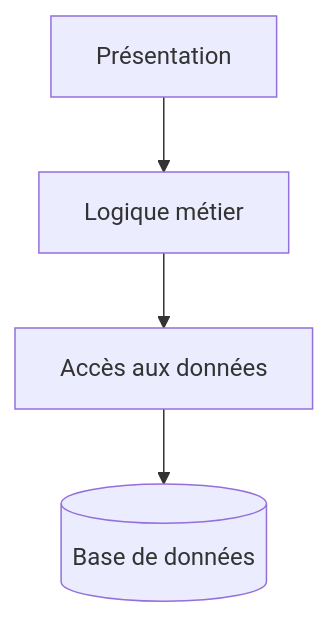
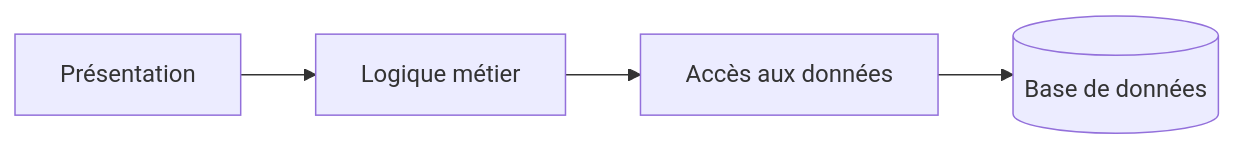
One commit to donnatchris/DDD changed the first of 2 diagrams in ARCHITECTURE.md. Above: the diagram before and after it, drawn with Mermaid. The commit also changed other lines of this file, not shown here.

````diff
--- a/ARCHITECTURE.md
+++ b/ARCHITECTURE.md
@@ -68,6 +68,6 @@
 ```mermaid
-flowchart TD
+flowchart LR
     A[Présentation] --> B[Logique métier]
     B --> C[Accès aux données]
     C --> D[(Base de données)]
 ```
````
